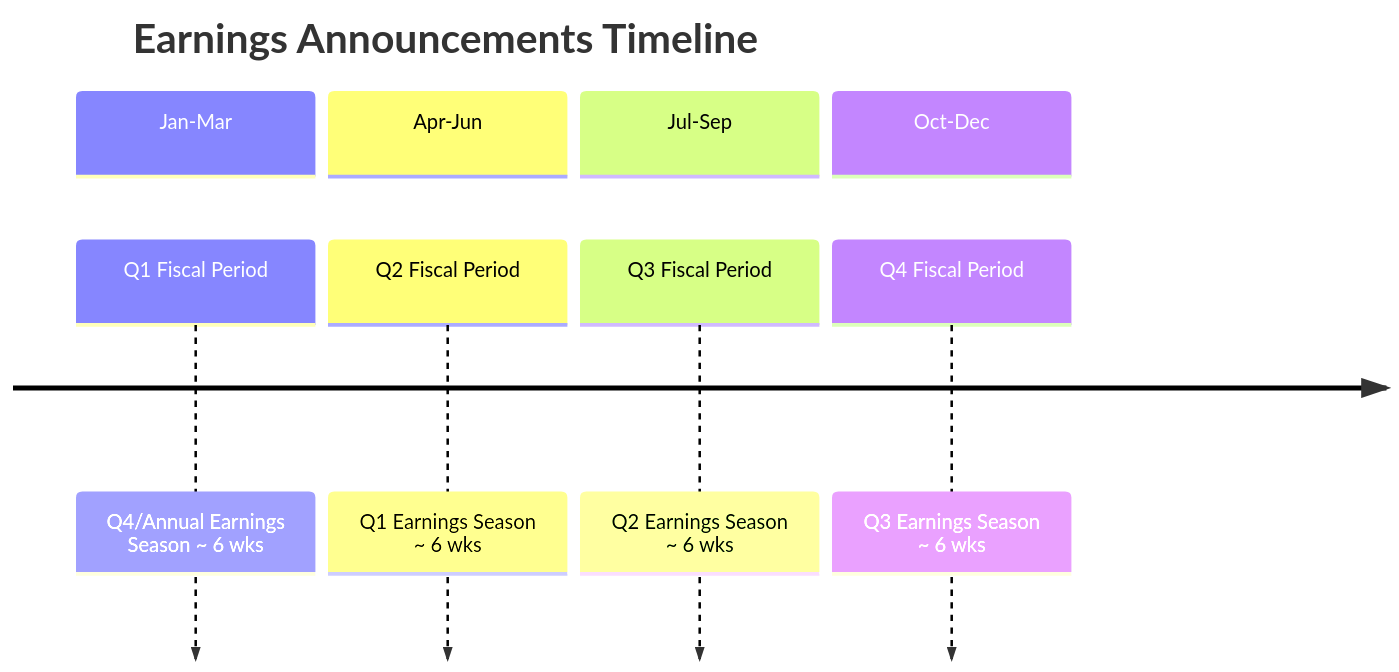
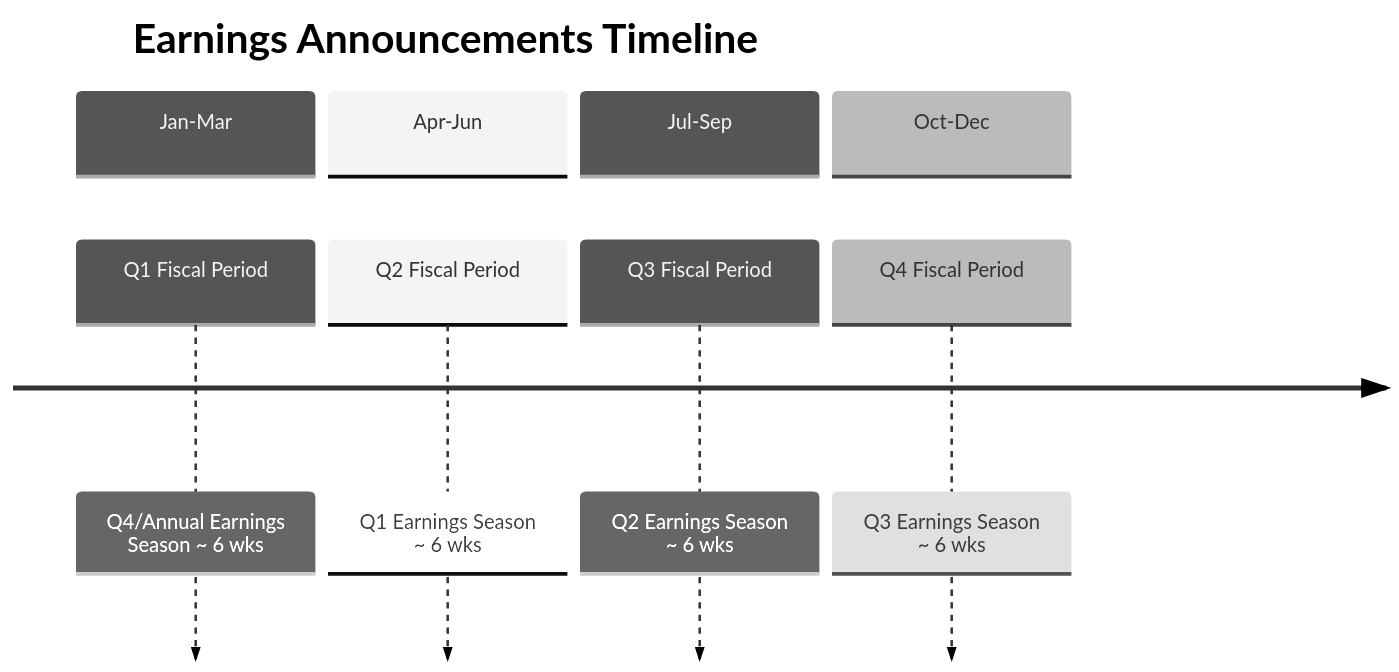
The second of 2 diagrams in docs/Social Construction of Reality in Finance.md (chtan/sussfin205), drawn with Mermaid before and after one commit. The commit also changed other lines of this file, not shown here.

````diff
--- a/docs/Social Construction of Reality in Finance.md
+++ b/docs/Social Construction of Reality in Finance.md
@@ -155,12 +156,13 @@
 ```{mermaid}
+%%{init: { 'logLevel': 'debug', 'theme': 'neutral' } }%%
 timeline
         title Earnings Announcements Timeline
         section Jan-Mar
           Q1 Fiscal Period : Q4/Annual Earnings Season ~ 6 wks
         section Apr-Jun
           Q2 Fiscal Period : Q1 Earnings Season ~ 6 wks
         section Jul-Sep
           Q3 Fiscal Period : Q2 Earnings Season ~ 6 wks
         section Oct-Dec
           Q4 Fiscal Period : Q3 Earnings Season ~ 6 wks
 ```
````
